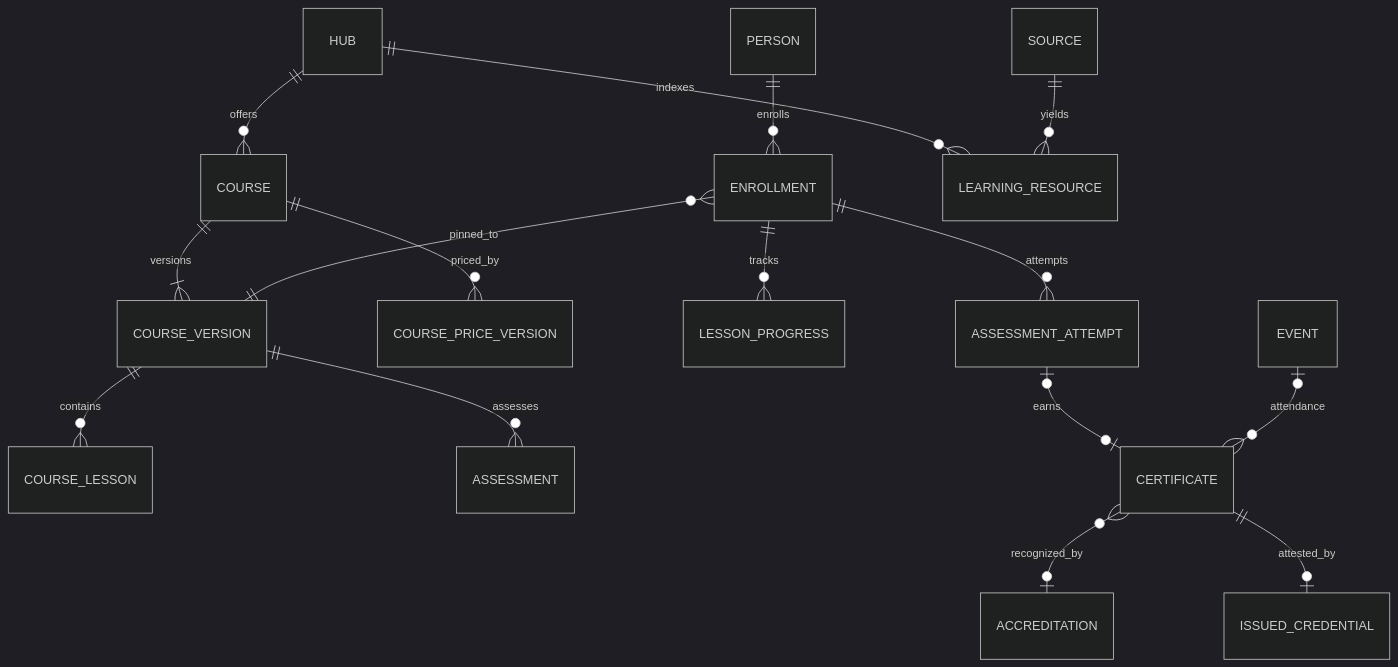
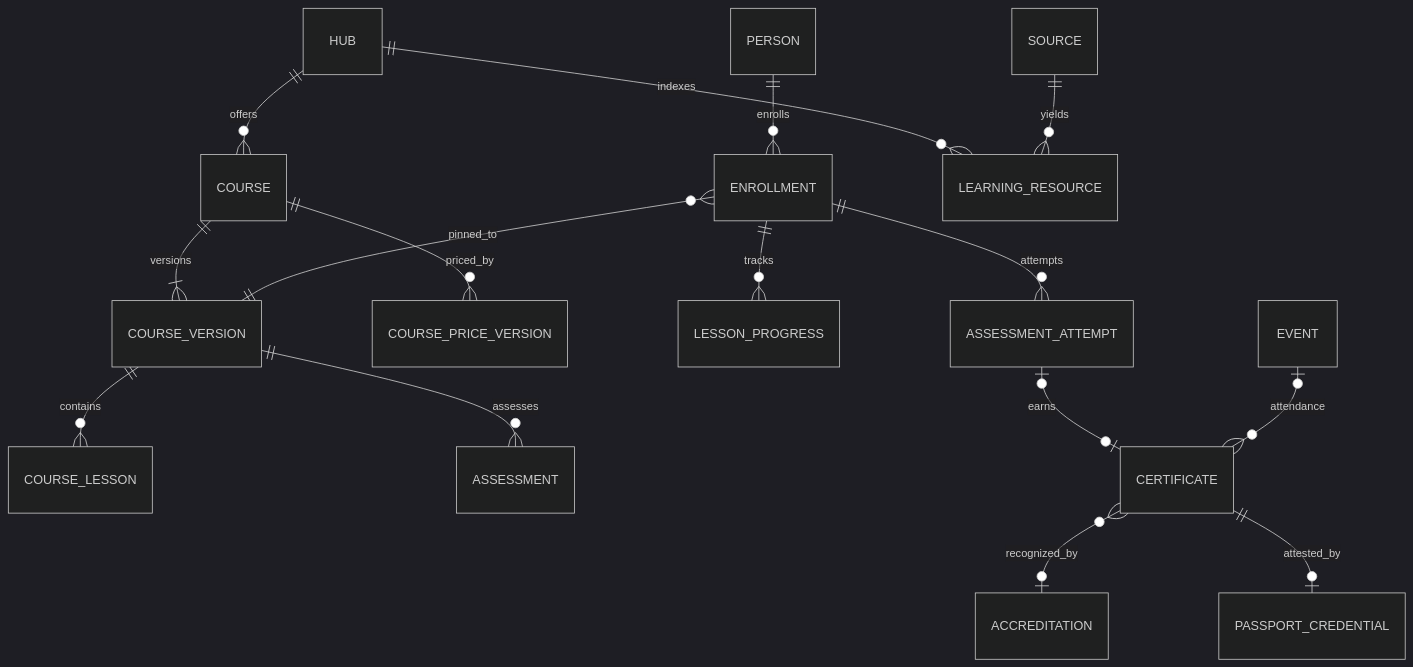
Before and after one commit to Contribuda/trustwork: the eighth of 17 diagrams in docs/data/er-diagrams.md, drawn with Mermaid (dark theme). The commit also changed other lines of this file and 4 other files, not shown here.

````diff
--- a/docs/data/er-diagrams.md
+++ b/docs/data/er-diagrams.md
@@ -208,18 +208,18 @@
 ```mermaid
 erDiagram
   HUB ||--o{ COURSE : offers
   COURSE ||--|{ COURSE_VERSION : versions
   COURSE_VERSION ||--o{ COURSE_LESSON : contains
   COURSE_VERSION ||--o{ ASSESSMENT : assesses
   COURSE ||--o{ COURSE_PRICE_VERSION : priced_by
   PERSON ||--o{ ENROLLMENT : enrolls
   ENROLLMENT }o--|| COURSE_VERSION : pinned_to
   ENROLLMENT ||--o{ LESSON_PROGRESS : tracks
   ENROLLMENT ||--o{ ASSESSMENT_ATTEMPT : attempts
   ASSESSMENT_ATTEMPT o|--o| CERTIFICATE : earns
   EVENT o|--o{ CERTIFICATE : attendance
   CERTIFICATE }o--o| ACCREDITATION : recognized_by
-  CERTIFICATE ||--o| ISSUED_CREDENTIAL : attested_by
+  CERTIFICATE ||--o| PASSPORT_CREDENTIAL : attested_by
   HUB ||--o{ LEARNING_RESOURCE : indexes
   SOURCE ||--o{ LEARNING_RESOURCE : yields
 ```
````
